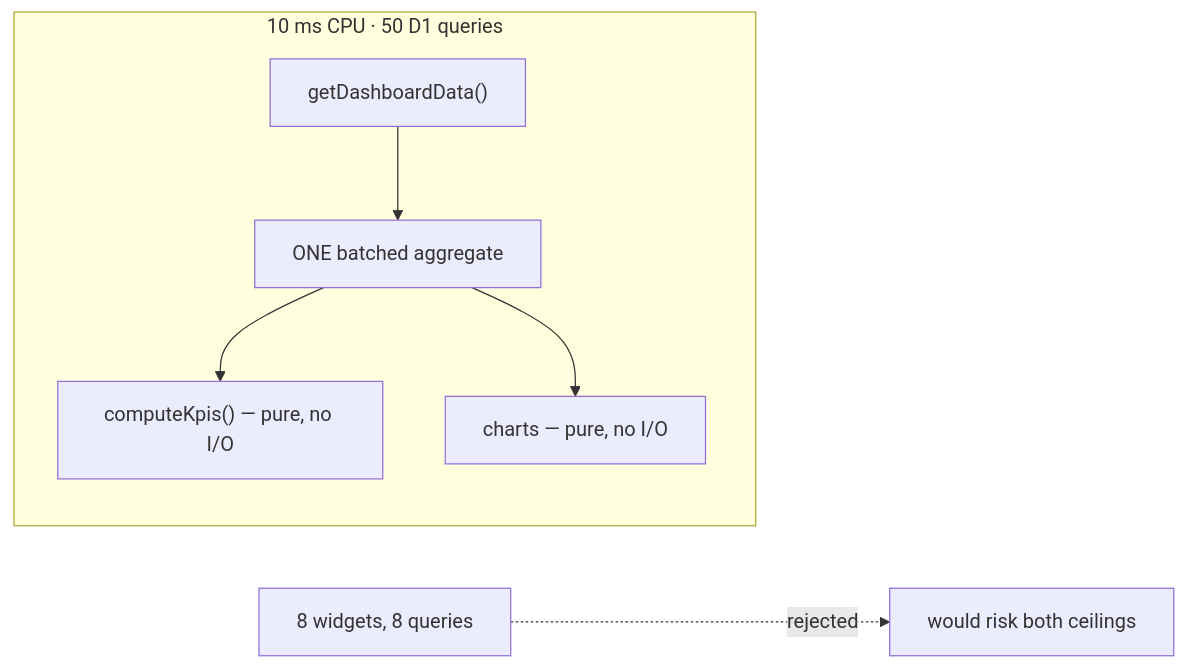
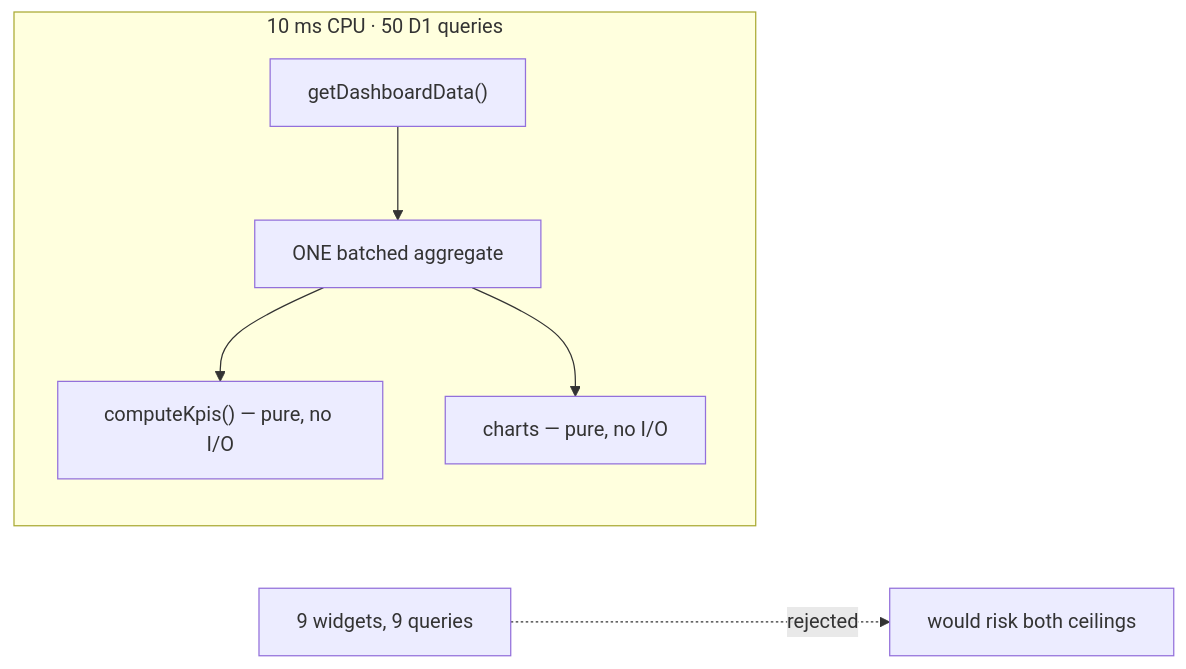
One commit to c0k0n/job-tracker changed the second of 4 diagrams in docs/free-tier-budget.md. Above: the diagram before and after it, drawn with Mermaid. The commit also changed other lines of this file and 28 other files, not shown here.

````diff
--- a/docs/free-tier-budget.md
+++ b/docs/free-tier-budget.md
@@ -51,10 +51,10 @@
 ```mermaid
 flowchart LR
     subgraph budget["10 ms CPU · 50 D1 queries"]
         direction TB
         A["getDashboardData()"] --> B["ONE batched aggregate"]
         B --> C["computeKpis() — pure, no I/O"]
         B --> D["charts — pure, no I/O"]
     end
-    E["8 widgets, 8 queries"] -.->|"rejected"| F["would risk both ceilings"]
+    E["9 widgets, 9 queries"] -.->|"rejected"| F["would risk both ceilings"]
 ```
````
